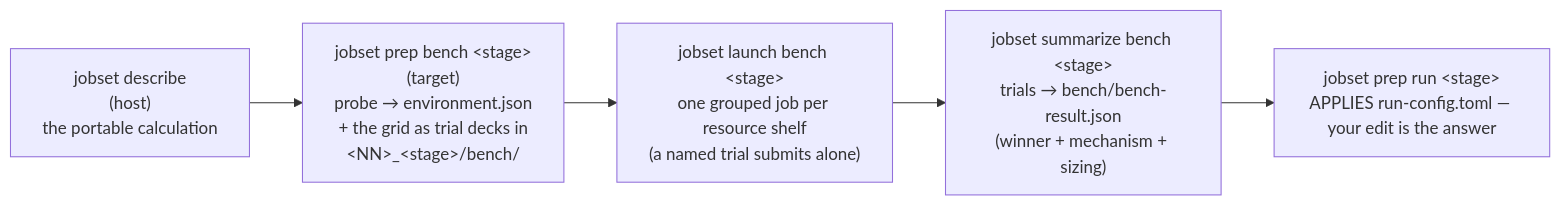
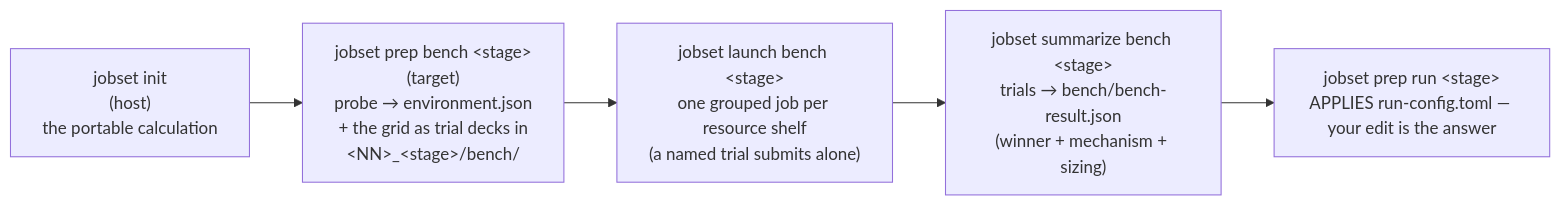
One commit to Qing-LAB/molbuilder changed the ninth of 9 diagrams in docs/execution/job-system.md. Above: the diagram before and after it, drawn with Mermaid. The commit also changed other lines of this file and 48 other files, not shown here.

````diff
--- a/docs/execution/job-system.md
+++ b/docs/execution/job-system.md
@@ -1156,9 +1156,9 @@
 ```mermaid
 flowchart LR
-    D["jobset describe<br/>(host)<br/>the portable calculation"]
+    D["jobset init<br/>(host)<br/>the portable calculation"]
     P["jobset prep bench &lt;stage&gt;<br/>(target)<br/>probe → environment.json<br/>+ the grid as trial decks in<br/>&lt;NN&gt;_&lt;stage&gt;/bench/"]
     R["jobset launch bench &lt;stage&gt;<br/>one grouped job per resource shelf<br/>(a named trial submits alone)"]
     S["jobset summarize bench &lt;stage&gt;<br/>trials → bench/bench-result.json<br/>(winner + mechanism + sizing)"]
     PR["jobset prep run &lt;stage&gt;<br/>APPLIES run-config.toml — your edit is the answer"]
     D --> P --> R --> S --> PR
 ```
````
